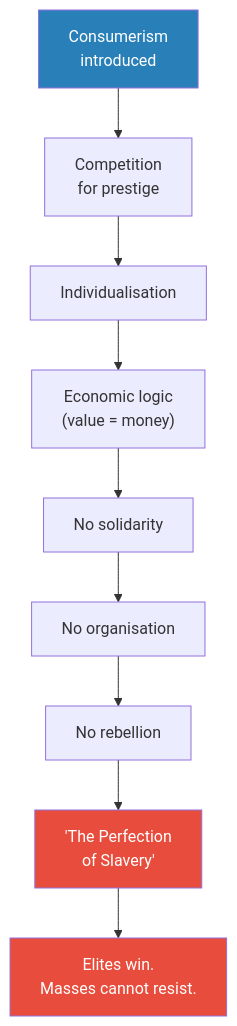
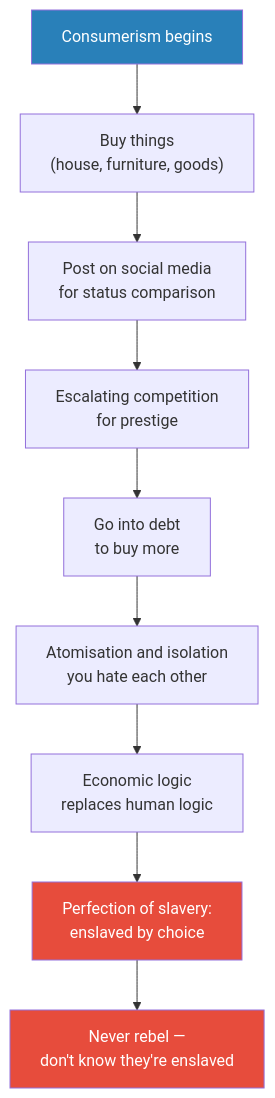
The fourth of 6 diagrams in summaries/Lectures/Geo-Strategy/09 - Putin's War for the Soul of Russia.md (alius33/reader), drawn with Mermaid before and after one commit. The commit also changed other lines of this file and 26 other files, not shown here.

````diff
--- a/summaries/Lectures/Geo-Strategy/09 - Putin's War for the Soul of Russia.md
+++ b/summaries/Lectures/Geo-Strategy/09 - Putin's War for the Soul of Russia.md
@@ -327,15 +208,15 @@
 ```mermaid
 flowchart TB
-    C["Consumerism<br/>introduced"]
-    C --> P["Competition<br/>for prestige"]
-    P --> I["Individualisation"]
-    I --> EL["Economic logic<br/>(value = money)"]
-    EL --> NS["No solidarity"]
-    NS --> NO["No organisation"]
-    NO --> NR["No rebellion"]
-    NR --> PS["'The Perfection<br/>of Slavery'"]
-    PS --> EH["Elites win.<br/>Masses cannot resist."]
-    style PS fill:#e74c3c,color:#fff
-    style EH fill:#e74c3c,color:#fff
+    C["Consumerism begins"]
+    C --> B["Buy things<br/>(house, furniture, goods)"]
+    B --> SM["Post on social media<br/>for status comparison"]
+    SM --> COMP["Escalating competition<br/>for prestige"]
+    COMP --> DEBT["Go into debt<br/>to buy more"]
+    DEBT --> ISO["Atomisation and isolation<br/>you hate each other"]
+    ISO --> EL["Economic logic<br/>replaces human logic"]
+    EL --> SLAVE["Perfection of slavery:<br/>enslaved by choice"]
+    SLAVE --> NOREB["Never rebel —<br/>don't know they're enslaved"]
+    style SLAVE fill:#e74c3c,color:#fff
+    style NOREB fill:#e74c3c,color:#fff
     style C fill:#2980b9,color:#fff
 ```
````
